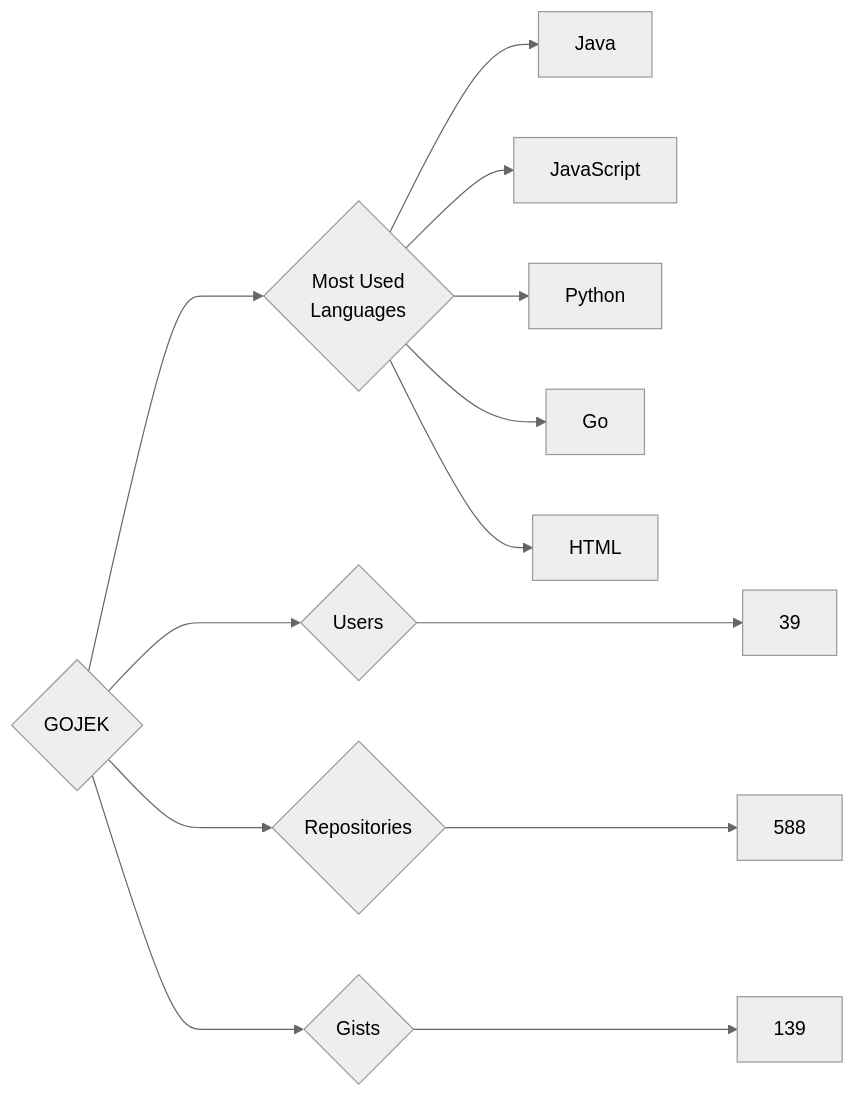
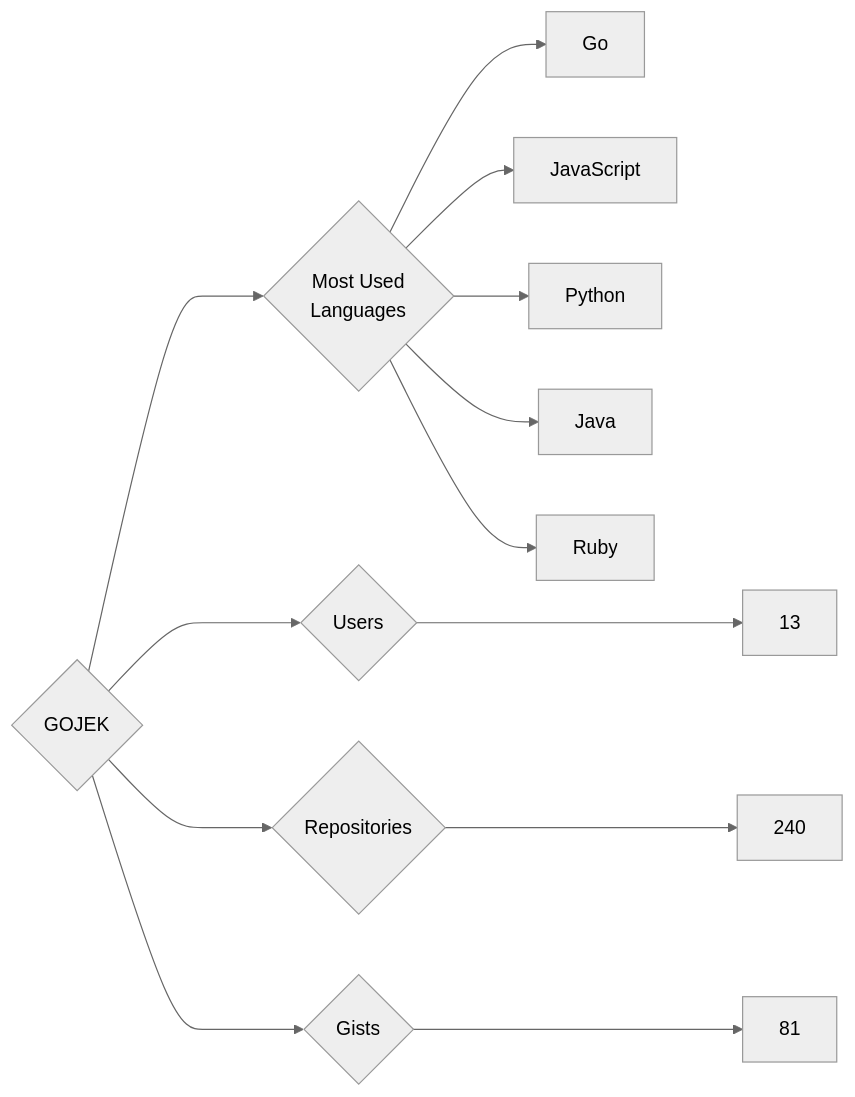
One commit to trickest/insiders changed the diagram in targets/GOJEK/README.md. Above: the diagram before and after it, drawn with Mermaid (neutral theme). The commit also changed 757 other files, not shown here.

````diff
--- a/targets/GOJEK/README.md
+++ b/targets/GOJEK/README.md
@@ -3,13 +3,13 @@
 ```mermaid
 graph LR
 COMPANY_NAME{GOJEK}
-COMPANY_NAME ---> U{Users} ---> UN[39]
-COMPANY_NAME ---> R{Repositories} ---> RN[588]
-COMPANY_NAME ---> G{Gists} ---> GN[139]
+COMPANY_NAME ---> U{Users} ---> UN[13]
+COMPANY_NAME ---> R{Repositories} ---> RN[240]
+COMPANY_NAME ---> G{Gists} ---> GN[81]
 COMPANY_NAME ---> ML{Most Used<br>Languages}
-ML --> Java[Java]
+ML --> Go[Go]
 ML --> JavaScript[JavaScript]
 ML --> Python[Python]
-ML --> Go[Go]
-ML --> HTML[HTML]
+ML --> Java[Java]
+ML --> Ruby[Ruby]
 ```
````
